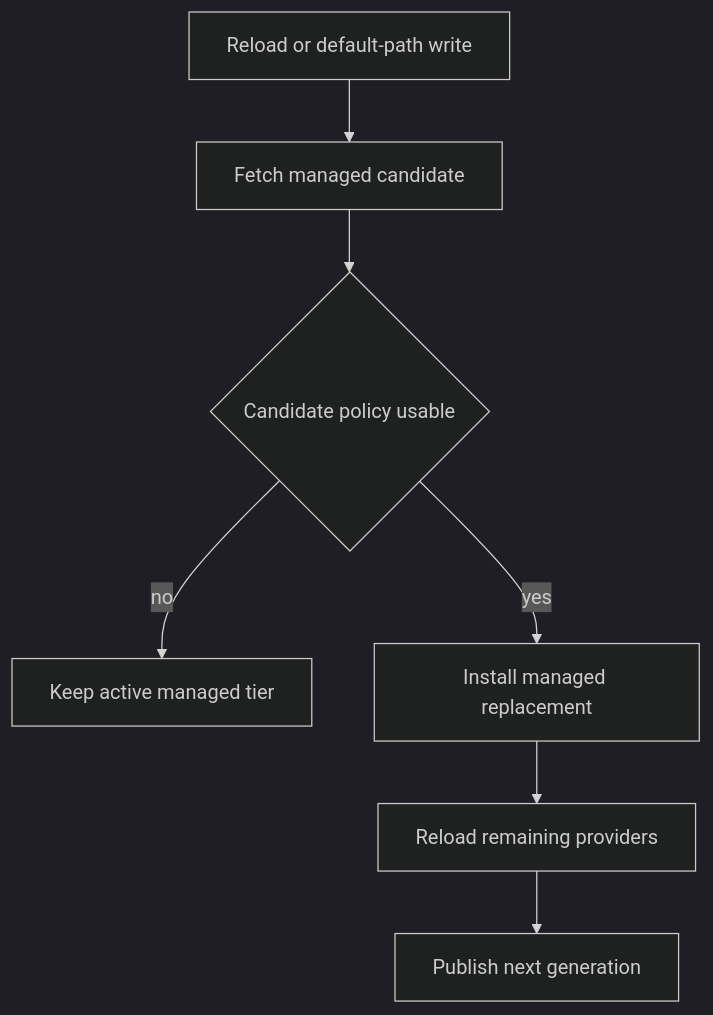
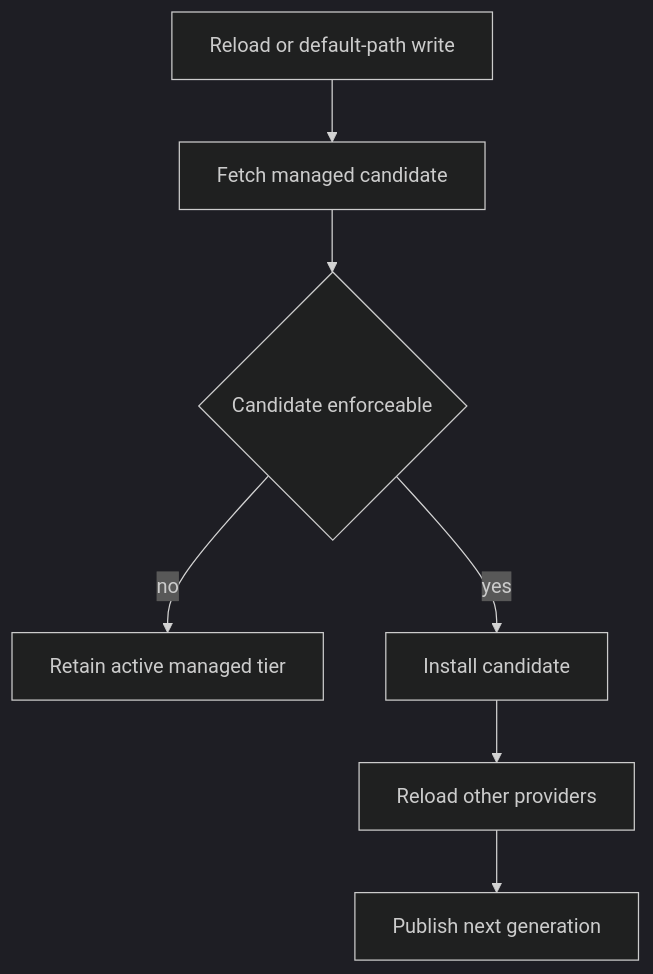
One commit to langchain-ai/deepagents changed the second of 3 diagrams in openwiki/concepts/config-layering.md. Above: the diagram before and after it, drawn with Mermaid (dark theme). The commit also changed other lines of this file and 67 other files, not shown here.

````diff
--- a/openwiki/concepts/config-layering.md
+++ b/openwiki/concepts/config-layering.md
@@ -76,9 +78,9 @@
 ```mermaid
 flowchart TD
     A["Reload or default-path write"] --> B["Fetch managed candidate"]
-    B --> C{"Candidate policy usable"}
-    C -->|"no"| K["Keep active managed tier"]
-    C -->|"yes"| I["Install managed replacement"]
-    I --> J["Reload remaining providers"]
+    B --> C{"Candidate enforceable"}
+    C -->|"no"| K["Retain active managed tier"]
+    C -->|"yes"| I["Install candidate"]
+    I --> J["Reload other providers"]
     J --> P["Publish next generation"]
 ```
````
